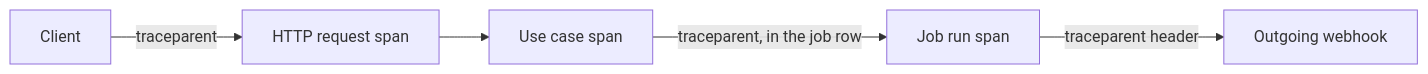
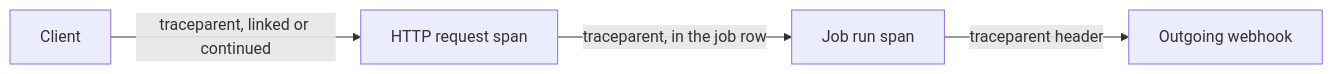
Before and after one commit to lein3000zzz/neon-teamspace: the diagram in docs/src/content/docs/architecture/observability.md, drawn with Mermaid. The commit also changed other lines of this file and 3 other files, not shown here.

````diff
--- a/docs/src/content/docs/architecture/observability.md
+++ b/docs/src/content/docs/architecture/observability.md
@@ -75,7 +123,6 @@
 ```mermaid
 flowchart LR
-  client[Client] -- traceparent --> http[HTTP request span]
-  http --> uc[Use case span]
-  uc -- "traceparent, in the job row" --> job[Job run span]
+  client[Client] -- "traceparent, linked or continued" --> http[HTTP request span]
+  http -- "traceparent, in the job row" --> job[Job run span]
   job -- "traceparent header" --> hook[Outgoing webhook]
 ```
````
